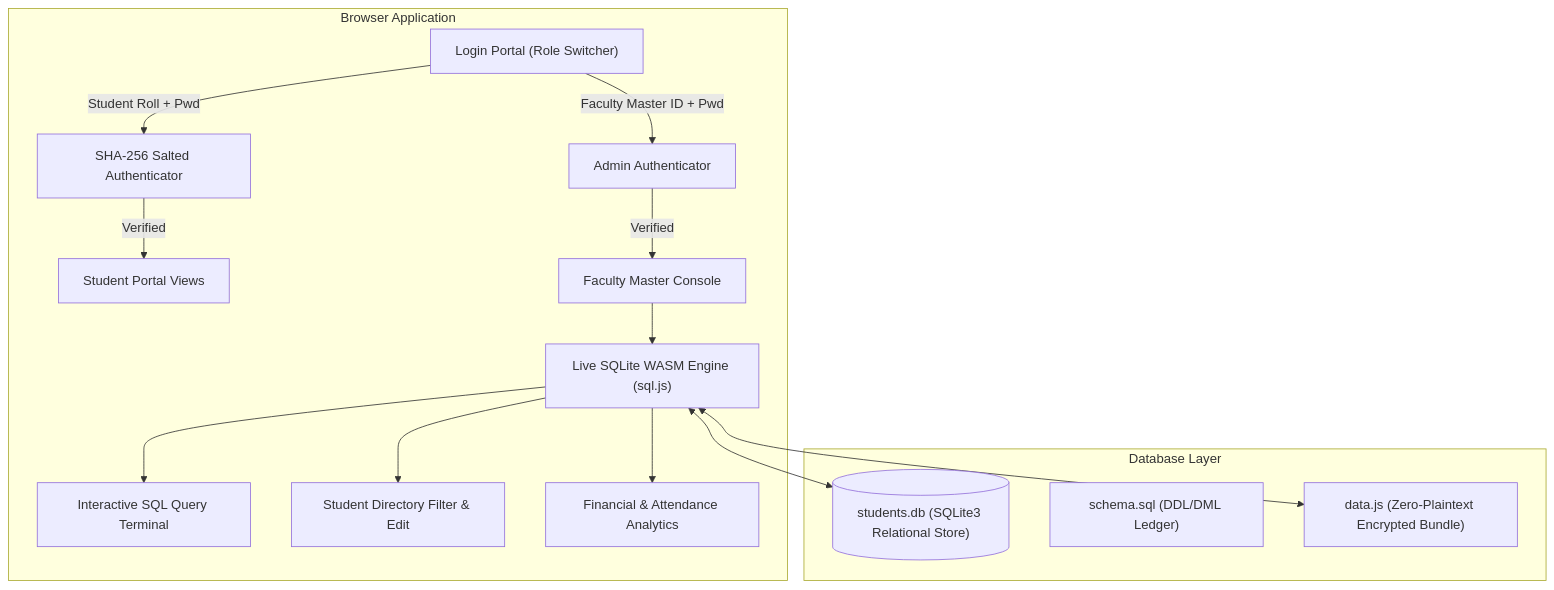
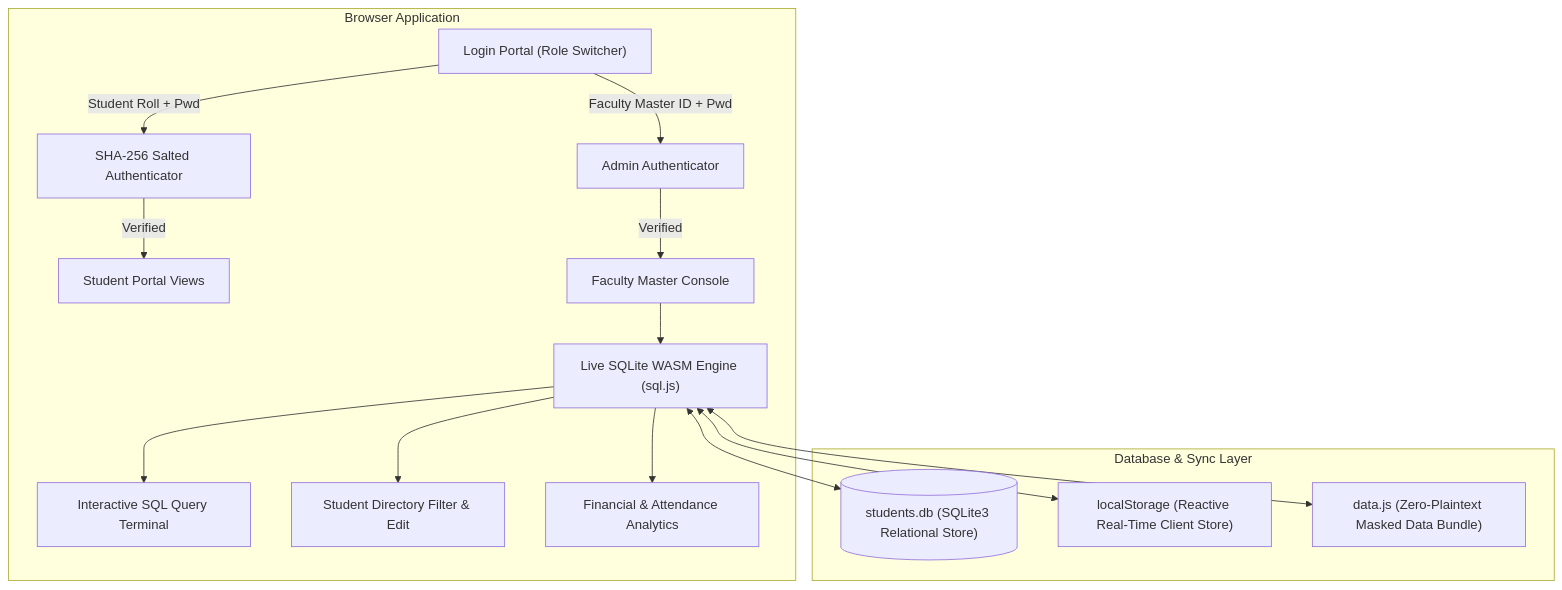
Before and after one commit to Tushar-Chauhan9627/Student-Result-Management-System: the diagram in README.md, drawn with Mermaid. The commit also changed other lines of this file and 12 other files, not shown here.

Commit message:
feat: add DOB default password, unique roll validation, teacher CRUD, marks management, and real-time portal sync

````diff
--- a/README.md
+++ b/README.md
@@ -99,24 +99,25 @@
 ```mermaid
 flowchart TD
     subgraph Client [Browser Application]
         A["Login Portal (Role Switcher)"] -->|Student Roll + Pwd| B["SHA-256 Salted Authenticator"]
         A -->|Faculty Master ID + Pwd| C["Admin Authenticator"]
         
         B -->|Verified| D["Student Portal Views"]
         C -->|Verified| E["Faculty Master Console"]
         
         E --> F["Live SQLite WASM Engine (sql.js)"]
         F --> G["Interactive SQL Query Terminal"]
         F --> H["Student Directory Filter & Edit"]
         F --> I["Financial & Attendance Analytics"]
     end
 
-    subgraph Storage [Database Layer]
+    subgraph Storage [Database & Sync Layer]
         J[("students.db (SQLite3 Relational Store)")]
-        K["schema.sql (DDL/DML Ledger)"]
-        L["data.js (Zero-Plaintext Encrypted Bundle)"]
+        K["localStorage (Reactive Real-Time Client Store)"]
+        L["data.js (Zero-Plaintext Masked Data Bundle)"]
     end
 
     F <--> J
+    F <--> K
     F <--> L
 ```
````
